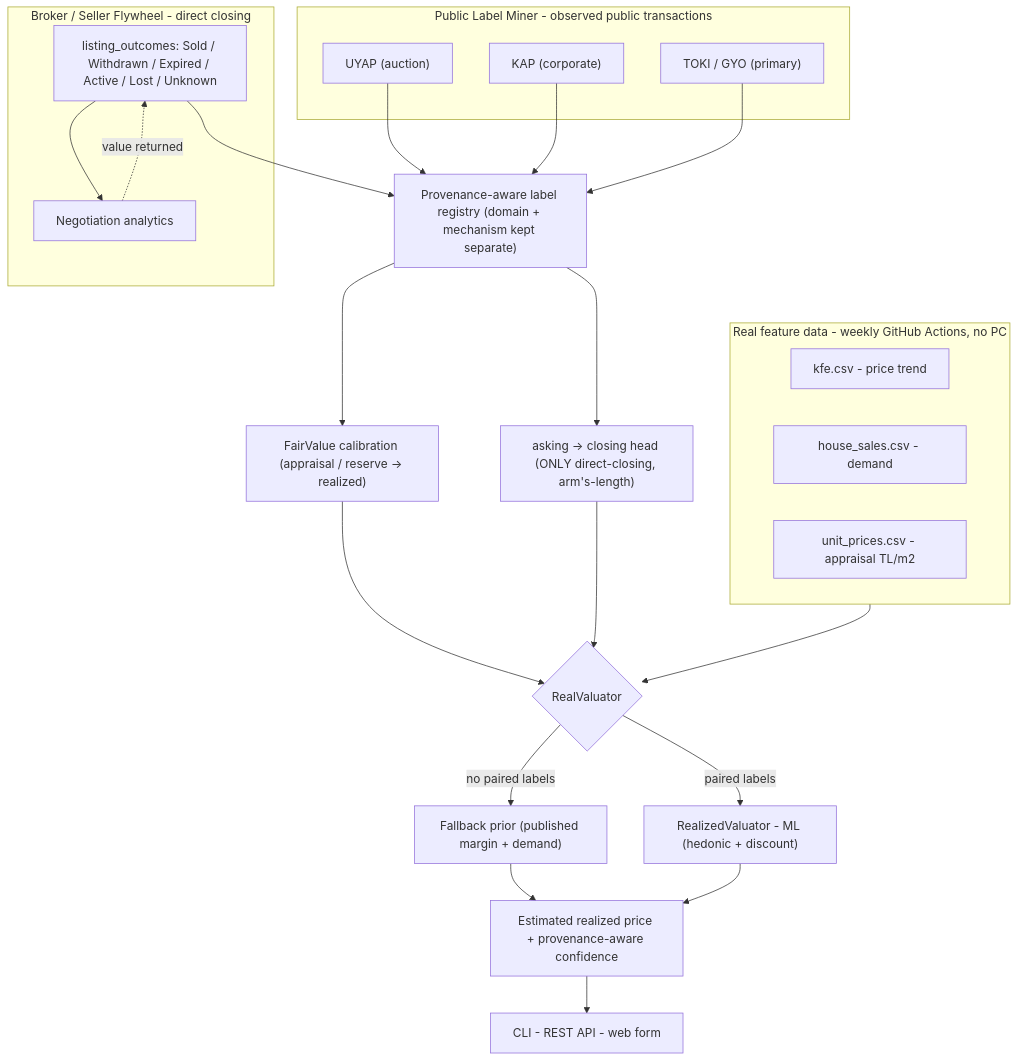
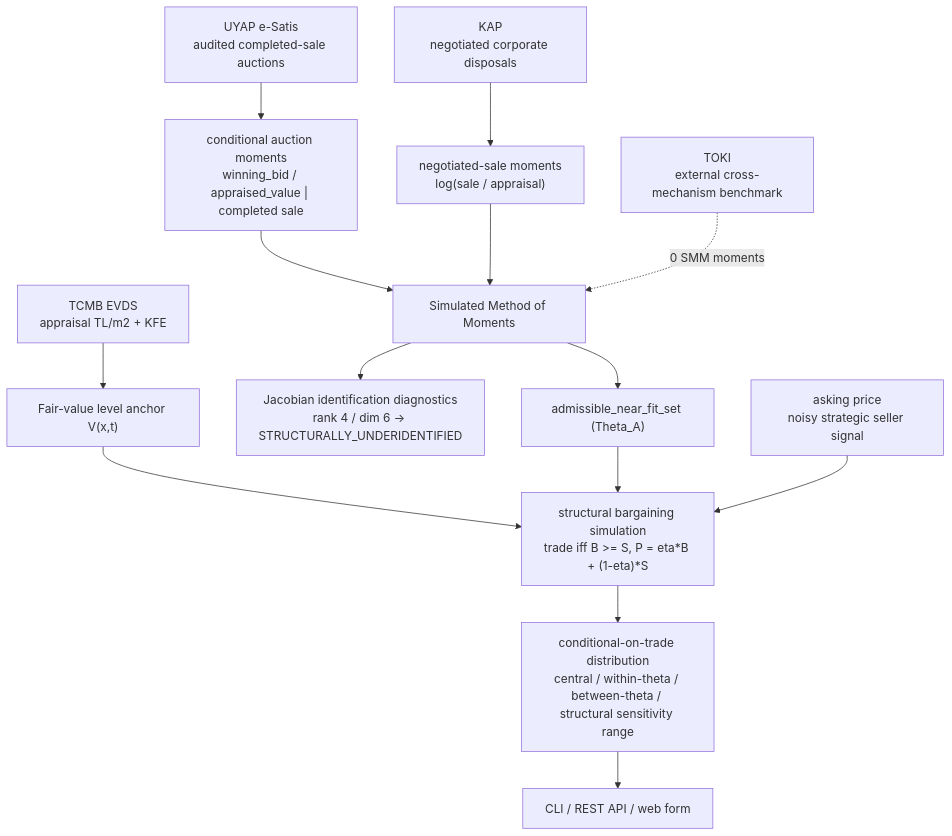
The diagram in README.md (onatozmenn/sold), drawn with Mermaid before and after one commit. The commit also changed other lines of this file and 1 other file, not shown here.

First line of the commit message:
docs: rewrite README for frozen structural methodology

````diff
--- a/README.md
+++ b/README.md
@@ -61,34 +69,22 @@
 ```mermaid
 flowchart TD
-    subgraph FEATURES["Real feature data - weekly GitHub Actions, no PC"]
-        B1["kfe.csv - price trend"]
-        B2["house_sales.csv - demand"]
-        B3["unit_prices.csv - appraisal TL/m2"]
-    end
+    TCMB["TCMB EVDS<br/>appraisal TL/m2 + KFE"] --> FV["Fair-value level anchor V(x,t)"]
 
-    subgraph MINER["Public Label Miner - observed public transactions"]
-        U["UYAP (auction)"]
-        K["KAP (corporate)"]
-        T["TOKI / GYO (primary)"]
-    end
+    UYAP["UYAP e-Satis<br/>audited completed-sale auctions"] --> MU["conditional auction moments<br/>winning_bid / appraised_value | completed sale"]
+    KAP["KAP<br/>negotiated corporate disposals"] --> MK["negotiated-sale moments<br/>log(sale / appraisal)"]
 
-    subgraph FLYWHEEL["Broker / Seller Flywheel - direct closing"]
-        O["listing_outcomes: Sold / Withdrawn / Expired / Active / Lost / Unknown"]
-        AN["Negotiation analytics"]
-        O --> AN
-        AN -. value returned .-> O
-    end
+    MU --> SMM["Simulated Method of Moments"]
+    MK --> SMM
 
-    U & K & T --> REG["Provenance-aware label registry (domain + mechanism kept separate)"]
-    O --> REG
-    REG --> FV["FairValue calibration (appraisal / reserve -> realized)"]
-    REG --> A2C["asking -> closing head (ONLY direct-closing, arm's-length)"]
+    SMM --> IDENT["Jacobian identification diagnostics<br/>rank 4 / dim 6 -> STRUCTURALLY_UNDERIDENTIFIED"]
+    SMM --> THETAA["admissible_near_fit_set (Theta_A)"]
 
-    FEATURES --> C{RealValuator}
-    FV --> C
-    A2C --> C
-    C -->|no paired labels| E["Fallback prior (published margin + demand)"]
-    C -->|paired labels| Fm["RealizedValuator - ML (hedonic + discount)"]
-    E & Fm --> G["Estimated realized price + provenance-aware confidence"]
-    G --> H["CLI - REST API - web form"]
+    ASK["asking price<br/>noisy strategic seller signal"] --> SIM
+    FV --> SIM
+    THETAA --> SIM["structural bargaining simulation<br/>trade iff B >= S, P = eta*B + (1-eta)*S"]
+
+    SIM --> DIST["conditional-on-trade distribution<br/>central / within-theta / between-theta / structural sensitivity range"]
+    DIST --> OUT["CLI / REST API / web form"]
+
+    TOKI["TOKI<br/>external cross-mechanism benchmark"] -. 0 SMM moments .-> SMM
 ```
````
